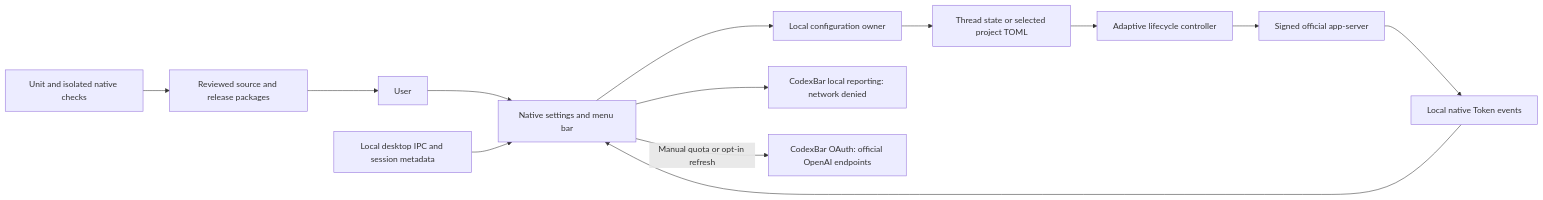
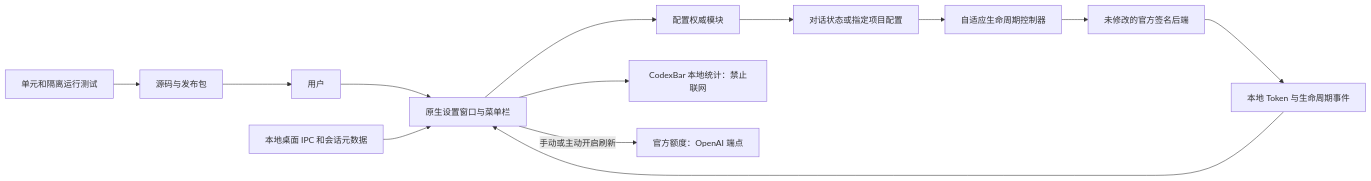
Before and after one commit to yimengbenxin/codex-context-menu: the diagram in README.md, drawn with Mermaid. The commit also changed other lines of this file and 5 other files, not shown here.

````diff
--- a/README.md
+++ b/README.md
@@ -61,15 +105,15 @@
 ```mermaid
 flowchart LR
-  User --> UI[Native settings and menu bar]
-  IPC[Local desktop IPC and session metadata] --> UI
-  UI --> Config[Local configuration owner]
-  Config --> State[Thread state or selected project TOML]
-  State --> Policy[Adaptive lifecycle controller]
-  Policy --> Native[Signed official app-server]
-  Native --> Logs[Local native Token events]
+  User[用户] --> UI[原生设置窗口与菜单栏]
+  IPC[本地桌面 IPC 和会话元数据] --> UI
+  UI --> Config[配置权威模块]
+  Config --> State[对话状态或指定项目配置]
+  State --> Policy[自适应生命周期控制器]
+  Policy --> Native[未修改的官方签名后端]
+  Native --> Logs[本地 Token 与生命周期事件]
   Logs --> UI
-  UI --> Stats[CodexBar local reporting: network denied]
-  UI -->|Manual quota or opt-in refresh| Quota[CodexBar OAuth: official OpenAI endpoints]
-  Tests[Unit and isolated native checks] --> Package[Reviewed source and release packages]
+  UI --> Stats[CodexBar 本地统计：禁止联网]
+  UI -->|手动或主动开启刷新| Quota[官方额度：OpenAI 端点]
+  Tests[单元和隔离运行测试] --> Package[源码与发布包]
   Package --> User
 ```
````
